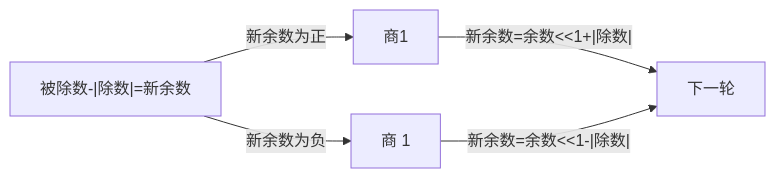
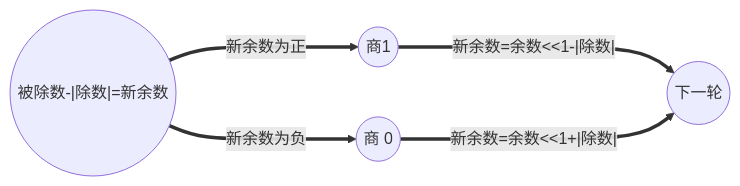
Before and after one commit to GreenHandHand/markdown-note: the second of 3 diagrams in 计算机组成原理/数据的表示和运算.md, drawn with Mermaid. The commit also changed other lines of this file, not shown here.

````diff
--- a/计算机组成原理/数据的表示和运算.md
+++ b/计算机组成原理/数据的表示和运算.md
@@ -625,5 +627,5 @@
 ```mermaid
 graph LR
-A["被除数-|除数|=新余数"]-->|"新余数为正"|C["商1"]-->|"新余数=余数<<1+|除数|"|E["下一轮"]
-A-->|"新余数为负"|D["商 1"] -->|"新余数=余数<<1-|除数|"|E
+A(("被除数-|除数|=新余数"))===>|"新余数为正"|C(("商1"))===>|"新余数=余数<<1-|除数|"|E(("下一轮"))
+A===>|"新余数为负"|D(("商 0")) ===>|"新余数=余数<<1+|除数|"|E
 ```
````
